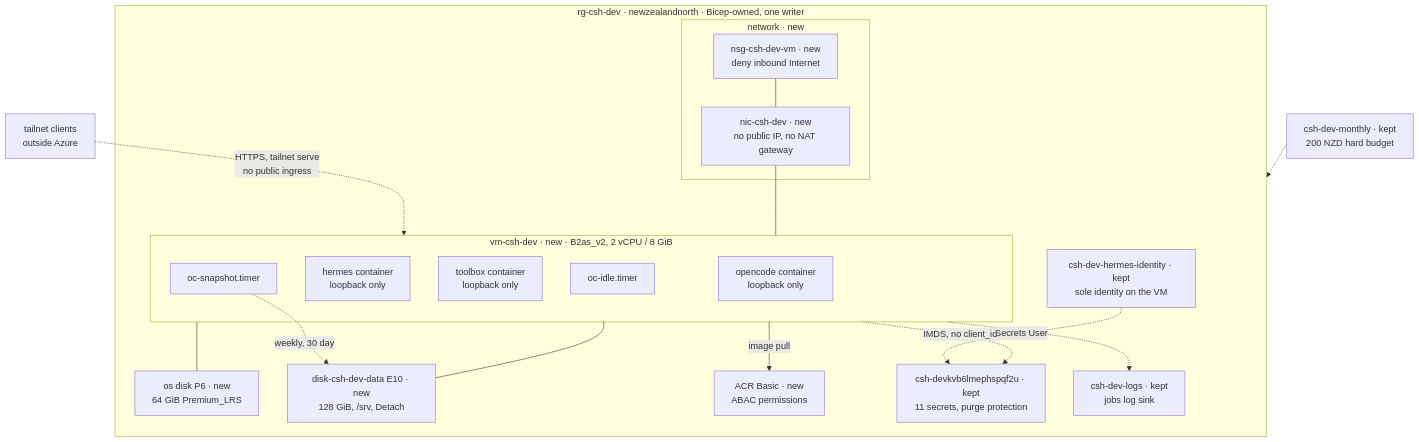
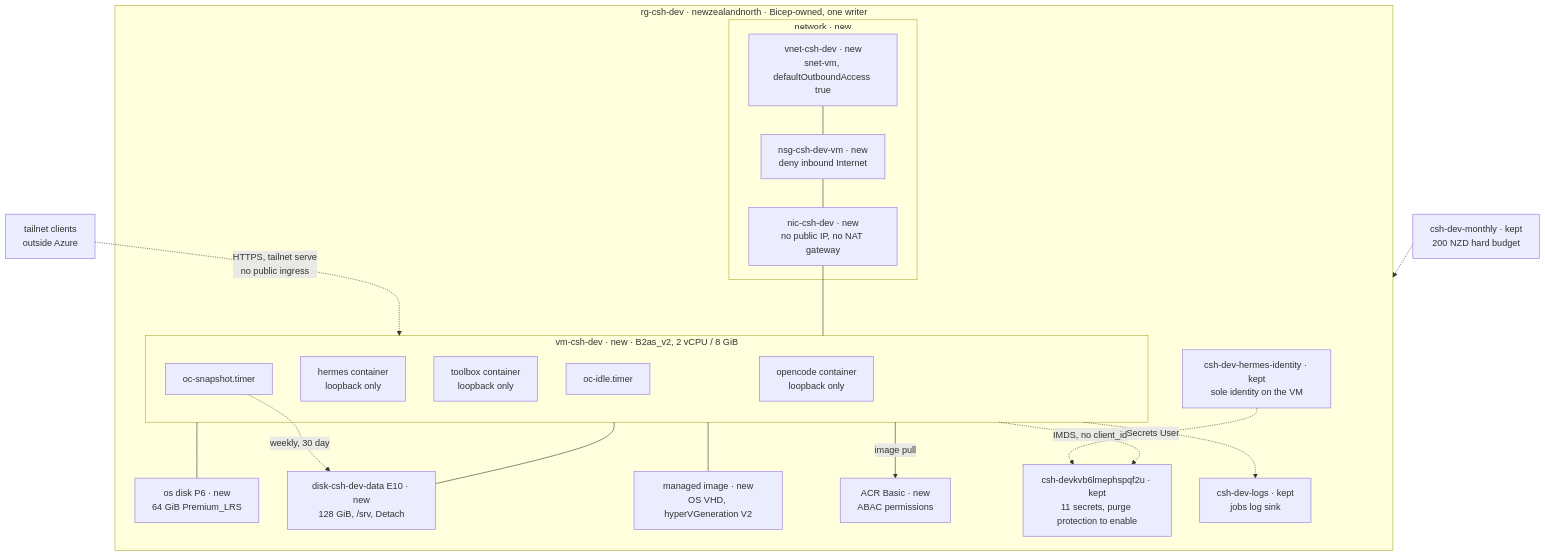
Before and after one commit to ultus-net/devbox-oc: the first of 2 diagrams in docs/deployment-plan.md, drawn with Mermaid. The commit also changed other lines of this file and 2 other files, not shown here.

````diff
--- a/docs/deployment-plan.md
+++ b/docs/deployment-plan.md
@@ -93,39 +95,43 @@
 ```mermaid
 flowchart TB
   subgraph RG["rg-csh-dev · newzealandnorth · Bicep-owned, one writer"]
     subgraph NET["network · new"]
+      VNET["vnet-csh-dev · new<br/>snet-vm, defaultOutboundAccess true"]
       NSG["nsg-csh-dev-vm · new<br/>deny inbound Internet"]
       NIC["nic-csh-dev · new<br/>no public IP, no NAT gateway"]
     end
 
     subgraph VMR["vm-csh-dev · new · B2as_v2, 2 vCPU / 8 GiB"]
       OC["opencode container<br/>loopback only"]
       HM["hermes container<br/>loopback only"]
       TOOL["toolbox container<br/>loopback only"]
       IDLE["oc-idle.timer"]
       SNPT["oc-snapshot.timer"]
     end
 
     OS["os disk P6 · new<br/>64 GiB Premium_LRS"]
     DD["disk-csh-dev-data E10 · new<br/>128 GiB, /srv, Detach"]
+    IMG["managed image · new<br/>OS VHD, hyperVGeneration V2"]
     ACR["ACR Basic · new<br/>ABAC permissions"]
-    KV["csh-devkvb6lmephspqf2u · kept<br/>11 secrets, purge protection"]
+    KV["csh-devkvb6lmephspqf2u · kept<br/>11 secrets, purge protection to enable"]
     LOG["csh-dev-logs · kept<br/>jobs log sink"]
     ID["csh-dev-hermes-identity · kept<br/>sole identity on the VM"]
   end
 
   BUD["csh-dev-monthly · kept<br/>200 NZD hard budget"]
   TS["tailnet clients<br/>outside Azure"]
 
   TS -.->|"HTTPS, tailnet serve<br/>no public ingress"| VMR
+  VNET --- NSG
   NSG --- NIC
   NIC --- VMR
   VMR --- OS
   VMR --- DD
+  VMR --- IMG
   SNPT -.->|"weekly, 30 day"| DD
   VMR -.->|"IMDS, no client_id"| KV
   ID -.->|"Secrets User"| KV
   VMR -->|"image pull"| ACR
   VMR -.-> LOG
   BUD -.-> RG
 ```
````
